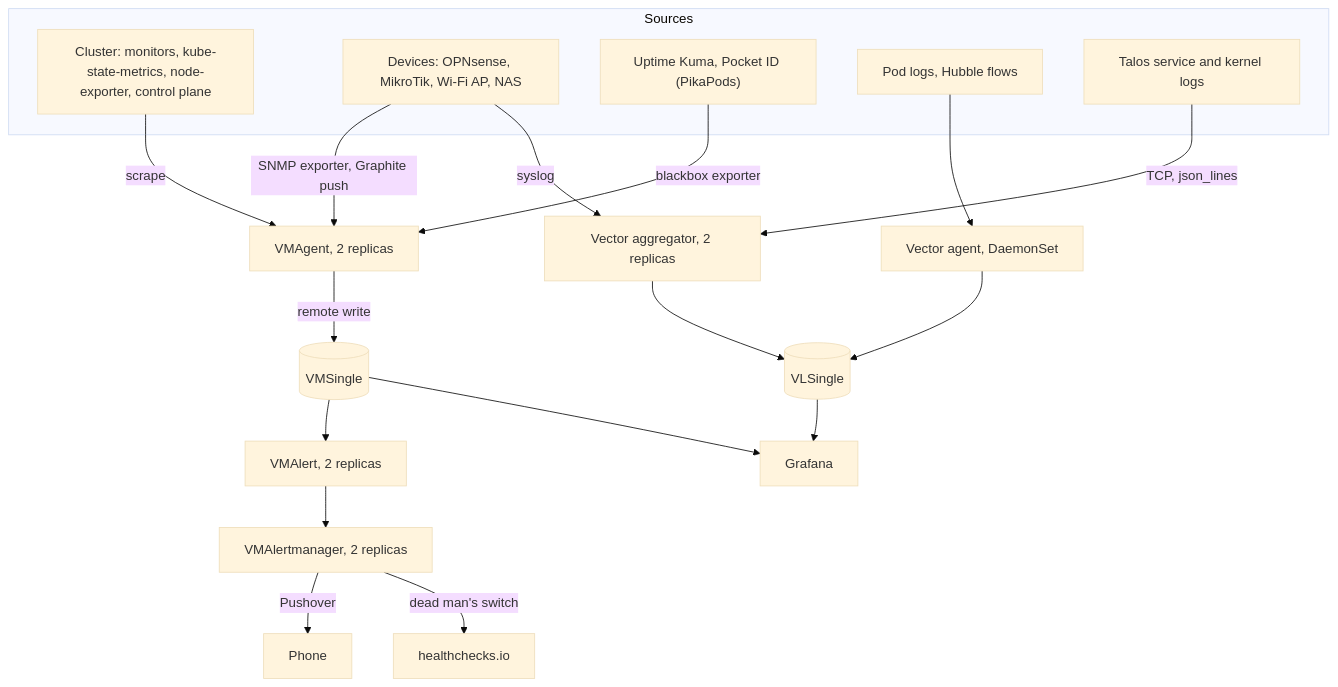
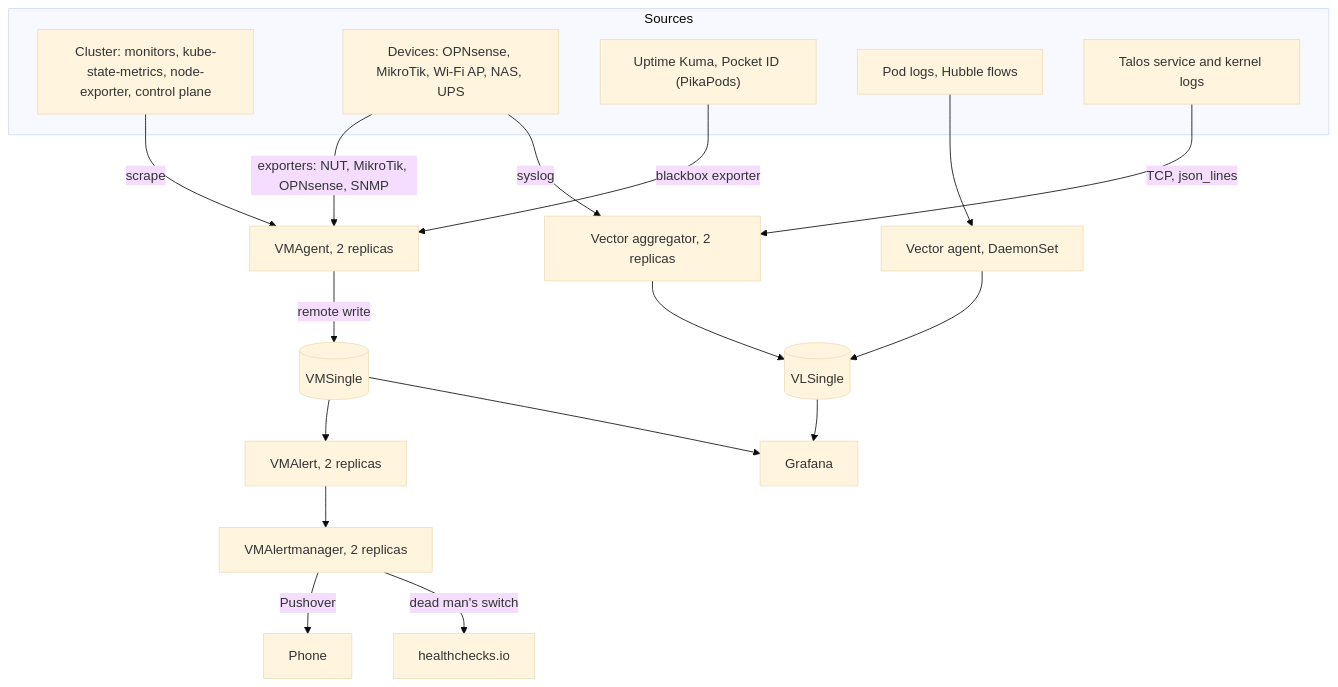
Before and after one commit to shellt0pia/infrastructure: the diagram in docs/observability/README.md, drawn with Mermaid (base theme). The commit also changed other lines of this file and 59 other files, not shown here.

````diff
--- a/docs/observability/README.md
+++ b/docs/observability/README.md
@@ -38,25 +39,25 @@
 ```mermaid
 flowchart TD
     subgraph SRC["Sources"]
         CLU["Cluster: monitors, kube-state-metrics, node-exporter, control plane"]
-        DEV["Devices: OPNsense, MikroTik, Wi-Fi AP, NAS"]
+        DEV["Devices: OPNsense, MikroTik, Wi-Fi AP, NAS, UPS"]
         EXT["Uptime Kuma, Pocket ID (PikaPods)"]
         LOGS["Pod logs, Hubble flows"]
         TAL["Talos service and kernel logs"]
     end
     CLU -->|scrape| VA["VMAgent, 2 replicas"]
-    DEV -->|"SNMP exporter, Graphite push"| VA
+    DEV -->|"exporters: NUT, MikroTik, OPNsense, SNMP"| VA
     EXT -->|"blackbox exporter"| VA
     VA -->|remote write| VM[("VMSingle")]
     LOGS --> VAG["Vector agent, DaemonSet"]
     VAG --> VL[("VLSingle")]
     TAL -->|"TCP, json_lines"| VAGG["Vector aggregator, 2 replicas"]
     DEV -->|syslog| VAGG
     VAGG --> VL
     VM --> RULES["VMAlert, 2 replicas"]
     RULES --> AM["VMAlertmanager, 2 replicas"]
     AM -->|Pushover| PO["Phone"]
     AM -->|"dead man's switch"| HC["healthchecks.io"]
     VM --> GR["Grafana"]
     VL --> GR
 ```
````
